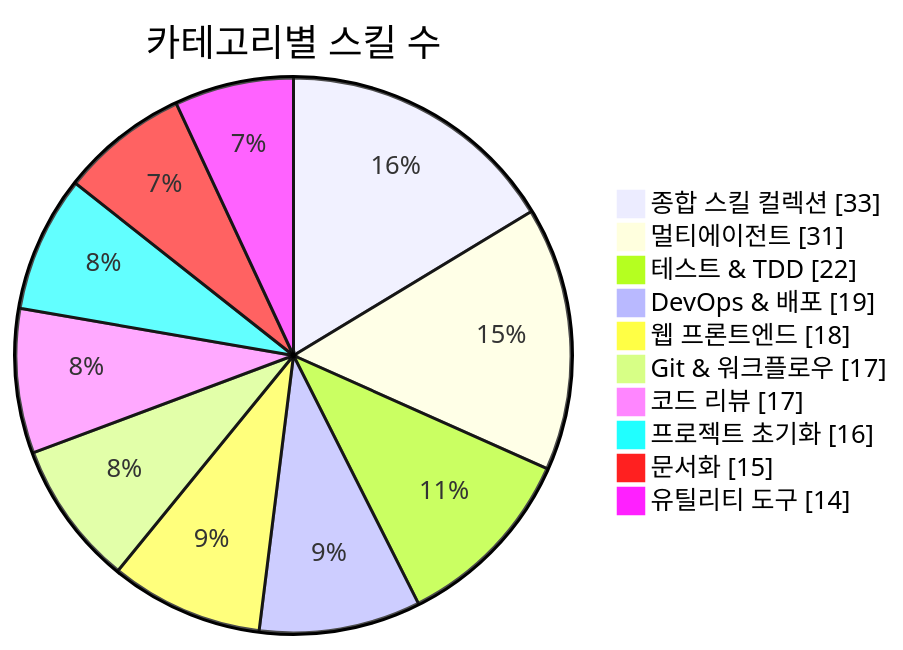
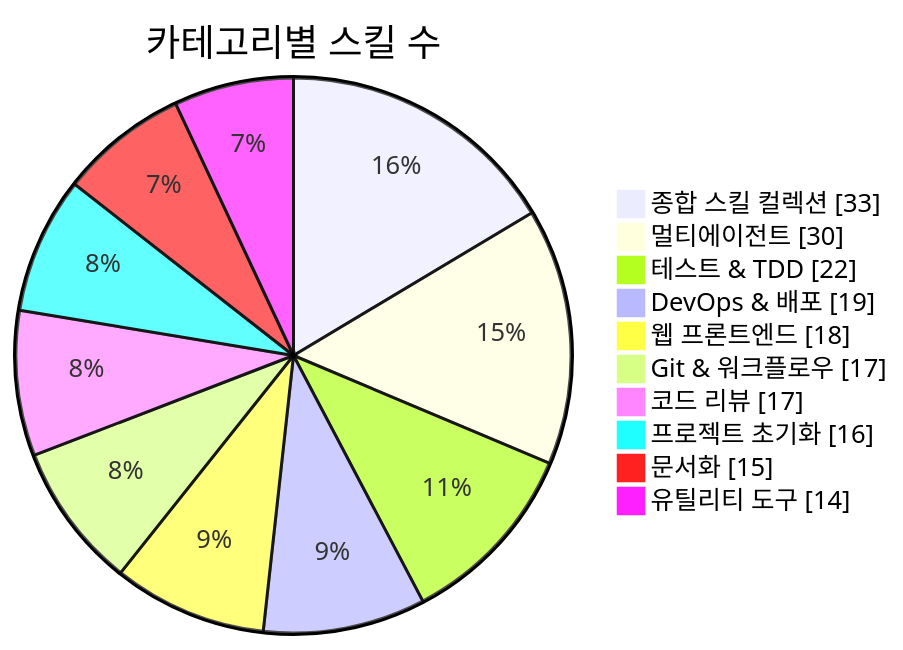
Before and after one commit to J-nowcow/awesome-korean-agent-skills: the first of 3 diagrams in README.md, drawn with Mermaid. The commit also changed other lines of this file and 28 other files, not shown here.

````diff
--- a/README.md
+++ b/README.md
@@ -176,14 +176,14 @@
 ```mermaid
 pie showData
     title 카테고리별 스킬 수
     "종합 스킬 컬렉션" : 33
-    "멀티에이전트" : 31
+    "멀티에이전트" : 30
     "테스트 & TDD" : 22
     "DevOps & 배포" : 19
     "웹 프론트엔드" : 18
     "Git & 워크플로우" : 17
     "코드 리뷰" : 17
     "프로젝트 초기화" : 16
     "문서화" : 15
     "유틸리티 도구" : 14
 ```
````
